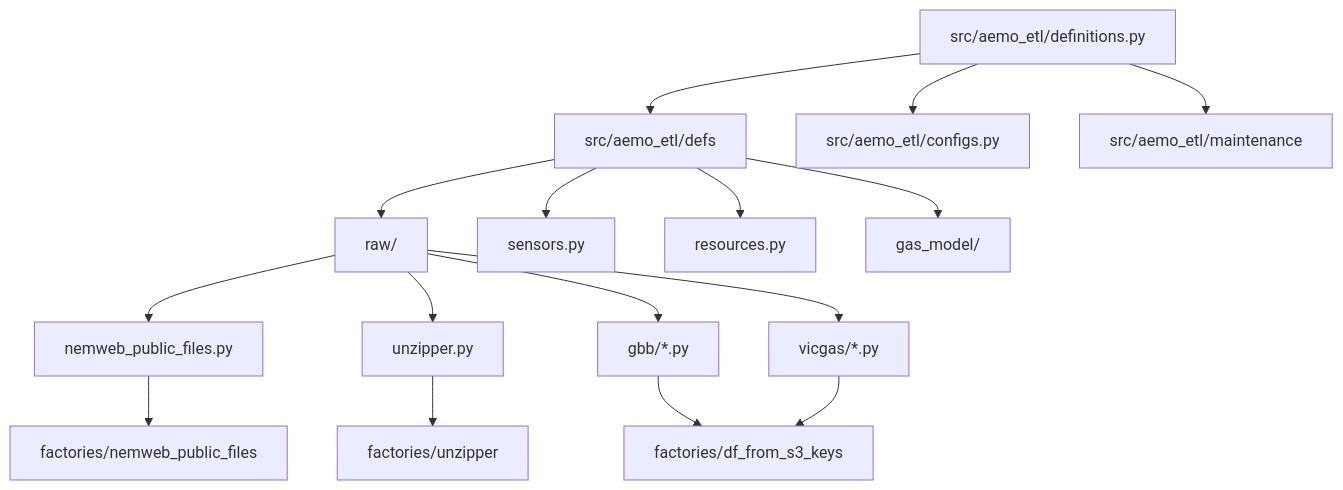
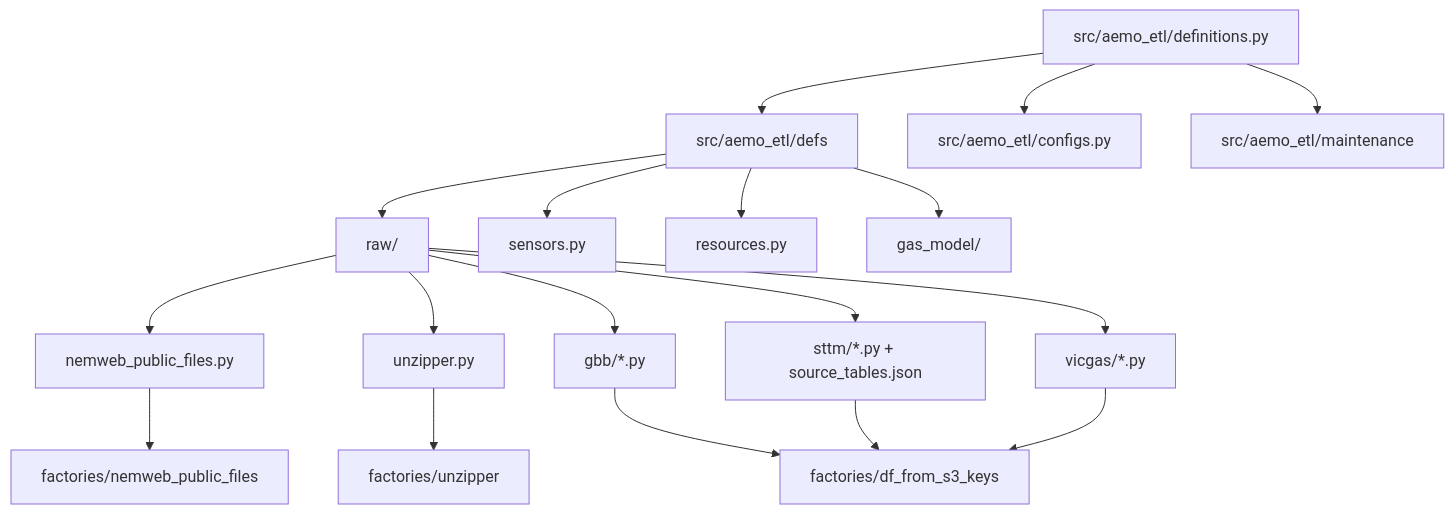
The second of 2 diagrams in backend-services/dagster-user/aemo-etl/docs/architecture/high_level_architecture.md (Chr1sC0de/energy-market-delta-lake), drawn with Mermaid before and after one commit. The commit also changed other lines of this file and 17 other files, not shown here.

````diff
--- a/backend-services/dagster-user/aemo-etl/docs/architecture/high_level_architecture.md
+++ b/backend-services/dagster-user/aemo-etl/docs/architecture/high_level_architecture.md
@@ -261,21 +277,23 @@
 ```mermaid
 flowchart TD
     Definitions["src/aemo_etl/definitions.py"] --> Defs["src/aemo_etl/defs"]
     Definitions --> Config["src/aemo_etl/configs.py"]
     Definitions --> Maintenance["src/aemo_etl/maintenance"]
 
     Defs --> Raw["raw/"]
     Defs --> Sensors["sensors.py"]
     Defs --> Resources["resources.py"]
     Defs --> GasModel["gas_model/"]
 
     Raw --> NemwebDefs["nemweb_public_files.py"]
     Raw --> UnzipDefs["unzipper.py"]
     Raw --> GBB["gbb/*.py"]
+    Raw --> STTM["sttm/*.py + source_tables.json"]
     Raw --> VICGAS["vicgas/*.py"]
 
     GBB --> DFFactory["factories/df_from_s3_keys"]
+    STTM --> DFFactory
     VICGAS --> DFFactory
     NemwebDefs --> NemwebFactory["factories/nemweb_public_files"]
     UnzipDefs --> UnzipFactory["factories/unzipper"]
 ```
````
